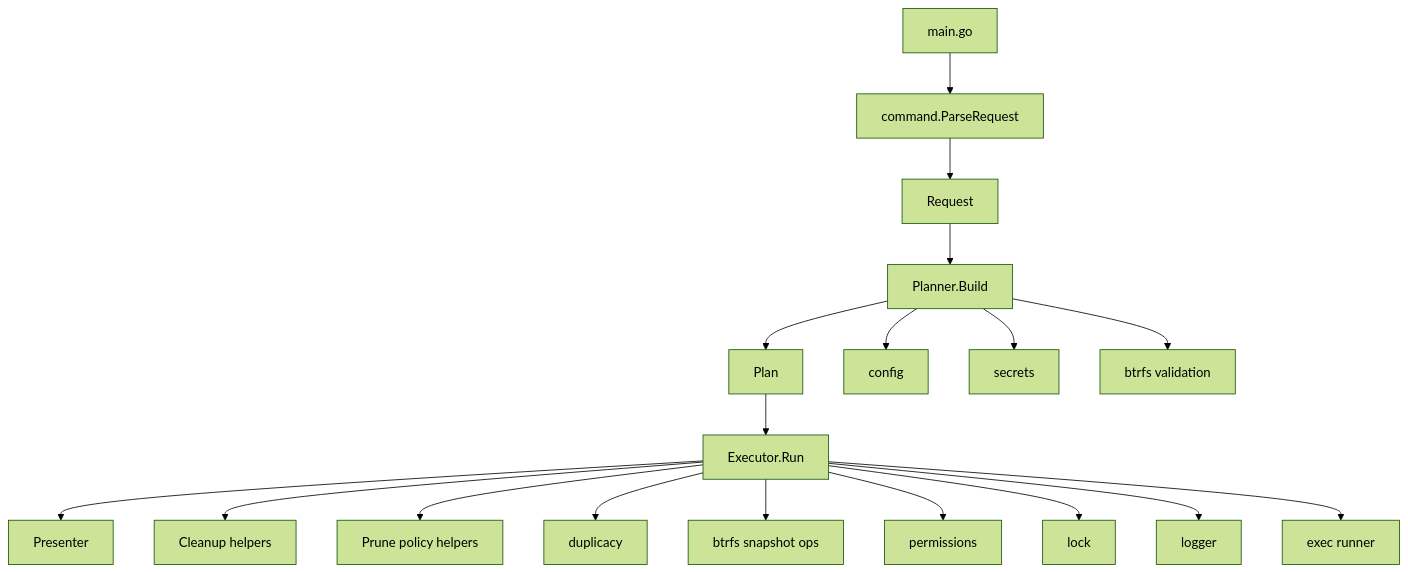
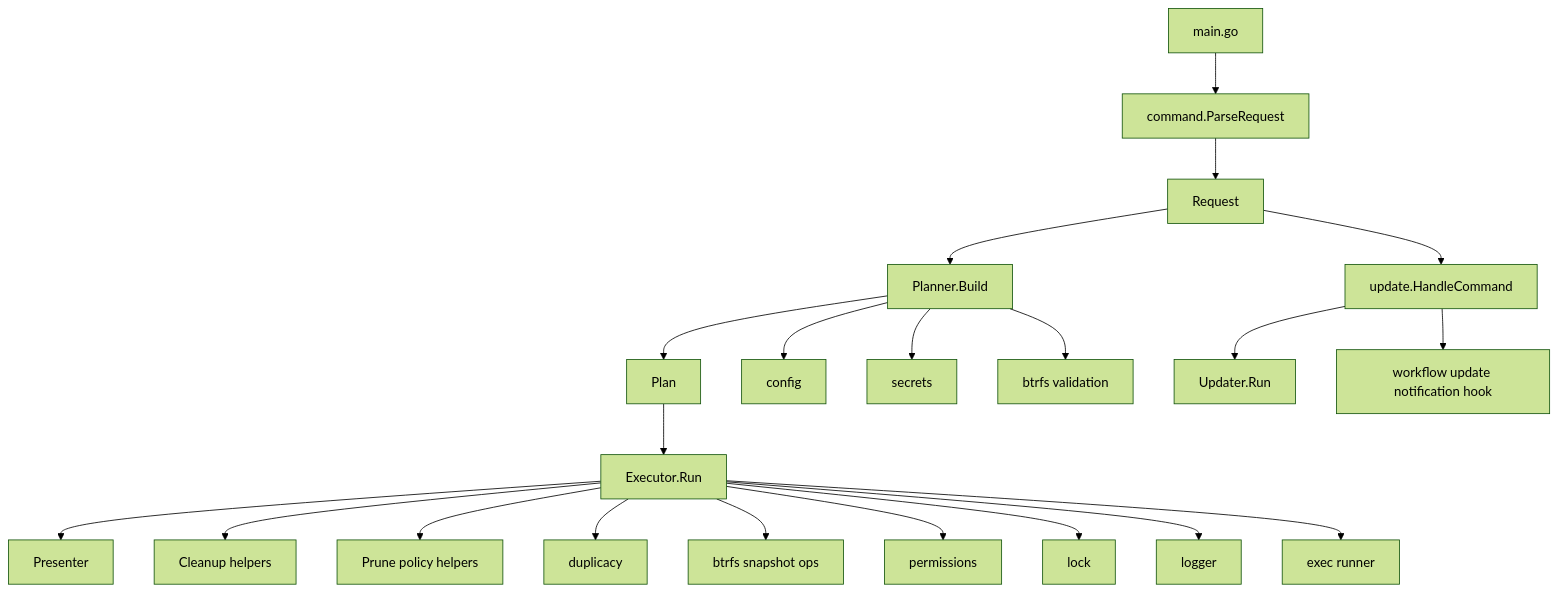
The diagram in docs/how-it-works.md (phillipmcmahon/synology-duplicacy-backup), drawn with Mermaid (forest theme) before and after one commit. The commit also changed other lines of this file and 21 other files, not shown here.

````diff
--- a/docs/how-it-works.md
+++ b/docs/how-it-works.md
@@ -74,20 +75,23 @@
 ```mermaid
 flowchart TD
     A["main.go"] --> B["command.ParseRequest"]
     B --> C["Request"]
     C --> D["Planner.Build"]
     D --> E["Plan"]
     E --> F["Executor.Run"]
     F --> G["Presenter"]
     F --> H["Cleanup helpers"]
     F --> I["Prune policy helpers"]
     D --> J["config"]
     D --> K["secrets"]
     D --> L["btrfs validation"]
     F --> M["duplicacy"]
     F --> N["btrfs snapshot ops"]
     F --> O["permissions"]
     F --> P["lock"]
     F --> Q["logger"]
     F --> R["exec runner"]
+    C --> S["update.HandleCommand"]
+    S --> T["Updater.Run"]
+    S --> U["workflow update notification hook"]
 ```
````
